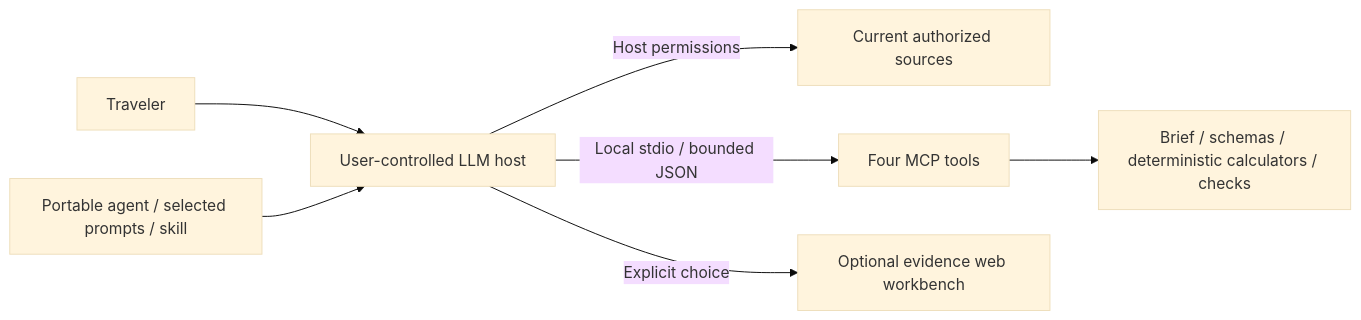
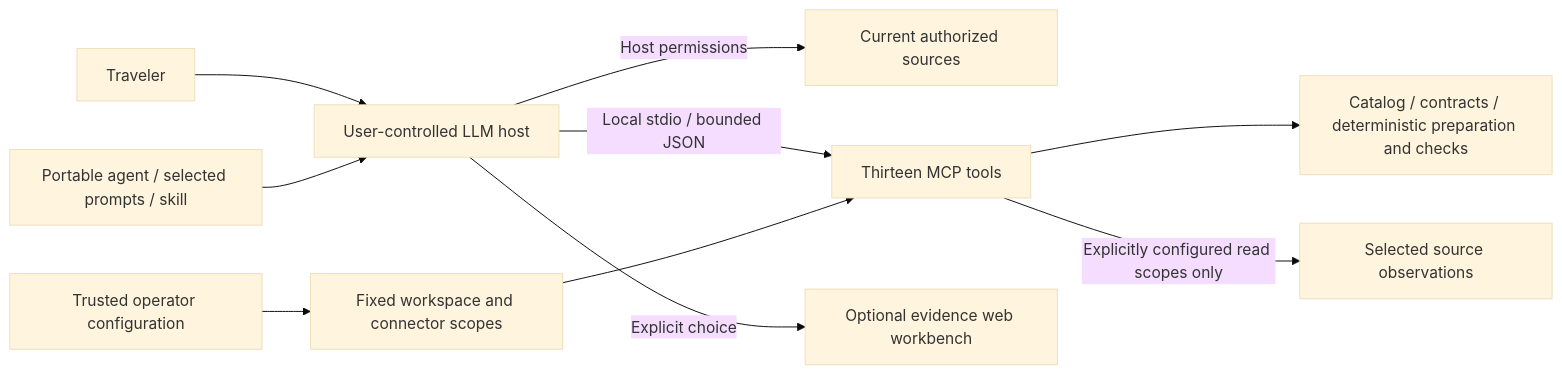
Before and after one commit to RodrigoYuMatsumoto/travel-reliability: the first of 2 diagrams in docs/ARCHITECTURE.md, drawn with Mermaid (base theme). The commit also changed other lines of this file and 134 other files, not shown here.

Commit message:
feat: international travel ecosystem with scoped operator tools

````diff
--- a/docs/ARCHITECTURE.md
+++ b/docs/ARCHITECTURE.md
@@ -13,9 +13,12 @@
 ```mermaid
 flowchart LR
   T[Traveler] --> HOST[User-controlled LLM host]
   PACK[Portable agent / selected prompts / skill] --> HOST
   HOST -->|Host permissions| RESEARCH[Current authorized sources]
-  HOST -->|Local stdio / bounded JSON| MCP[Four MCP tools]
-  MCP --> CORE[Brief / schemas / deterministic calculators / checks]
+  HOST -->|Local stdio / bounded JSON| MCP[Thirteen MCP tools]
+  MCP --> CORE[Catalog / contracts / deterministic preparation and checks]
+  OP[Trusted operator configuration] --> SCOPES[Fixed workspace and connector scopes]
+  SCOPES --> MCP
+  MCP -->|Explicitly configured read scopes only| READ[Selected source observations]
   HOST -->|Explicit choice| SUPPORT[Optional evidence web workbench]
 ```
````
